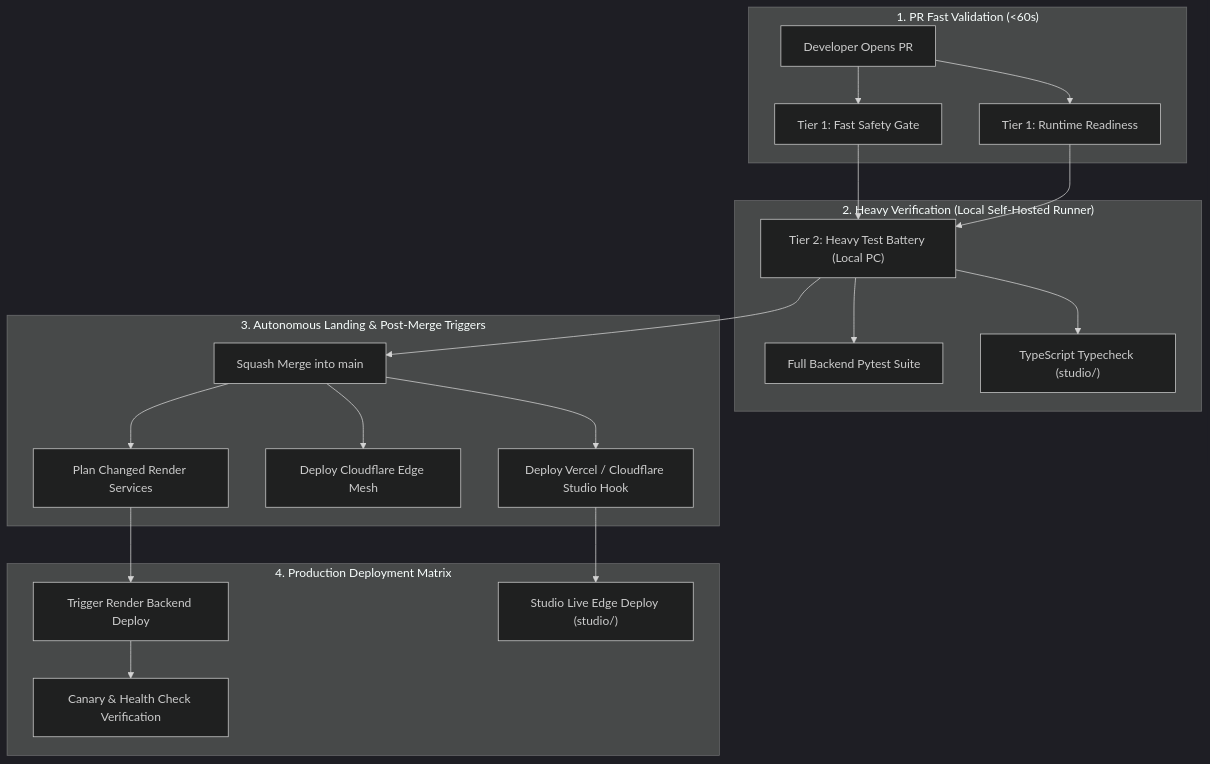
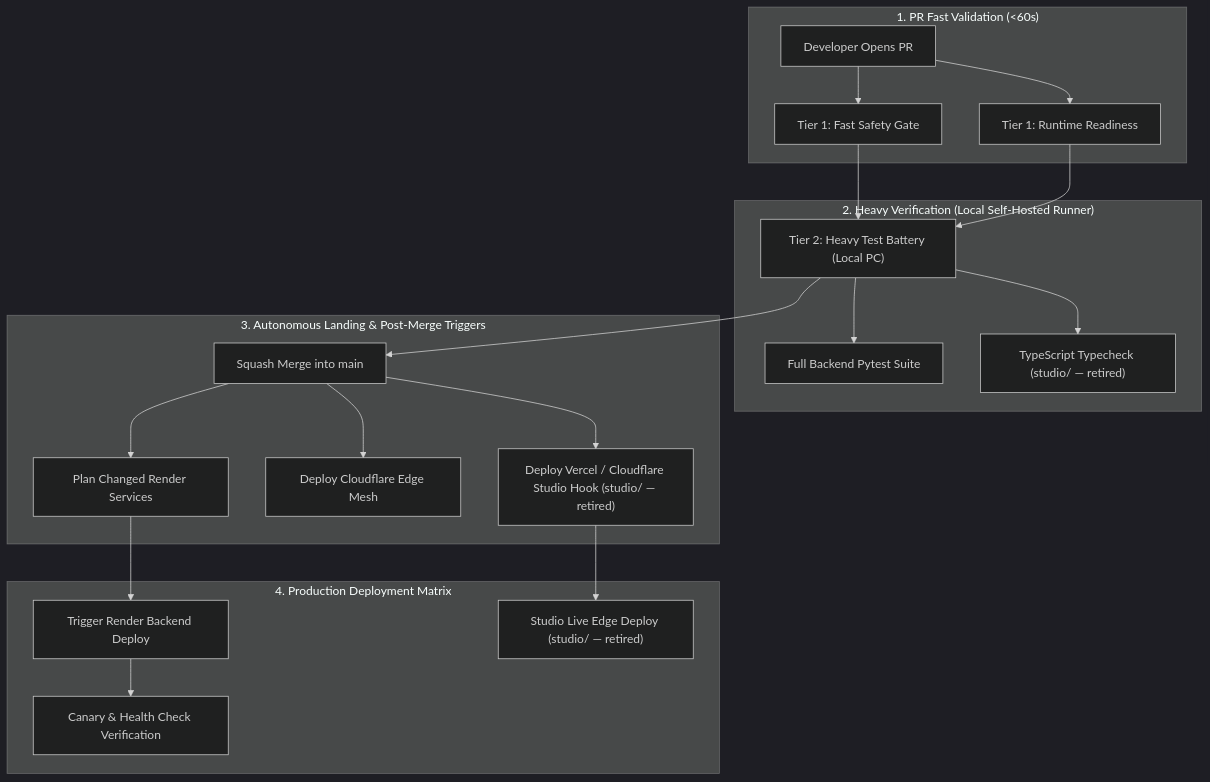
Before and after one commit to Supremeai-bd/supremeai: the second of 4 diagrams in README.md, drawn with Mermaid (dark theme). The commit also changed other lines of this file and 71 other files, not shown here.

````diff
--- a/README.md
+++ b/README.md
@@ -67,27 +67,27 @@
 ```mermaid
 flowchart TD
     subgraph S1["1. PR Fast Validation (<60s)"]
         PR["Developer Opens PR"] --> FastSafety["Tier 1: Fast Safety Gate"]
         PR --> RuntimeReadiness["Tier 1: Runtime Readiness"]
     end
 
     subgraph S2["2. Heavy Verification (Local Self-Hosted Runner)"]
         FastSafety --> HeavyGate["Tier 2: Heavy Test Battery (Local PC)"]
         RuntimeReadiness --> HeavyGate
         HeavyGate --> CorePytest["Full Backend Pytest Suite"]
-        HeavyGate --> Typecheck["TypeScript Typecheck (studio/)"]
+        HeavyGate --> Typecheck["TypeScript Typecheck (studio/ — retired)"]
     end
 
     subgraph S3["3. Autonomous Landing & Post-Merge Triggers"]
         HeavyGate --> PRMerge["Squash Merge into main"]
         PRMerge --> ResolveTargets["Plan Changed Render Services"]
         PRMerge --> EdgeDeploy["Deploy Cloudflare Edge Mesh"]
-        PRMerge --> VercelHook["Deploy Vercel / Cloudflare Studio Hook"]
+        PRMerge --> VercelHook["Deploy Vercel / Cloudflare Studio Hook (studio/ — retired)"]
     end
 
     subgraph S4["4. Production Deployment Matrix"]
         ResolveTargets --> RenderTrigger["Trigger Render Backend Deploy"]
         RenderTrigger --> CanaryVerify["Canary & Health Check Verification"]
-        VercelHook --> CloudflarePages["Studio Live Edge Deploy (studio/)"]
+        VercelHook --> CloudflarePages["Studio Live Edge Deploy (studio/ — retired)"]
     end
 ```
````
